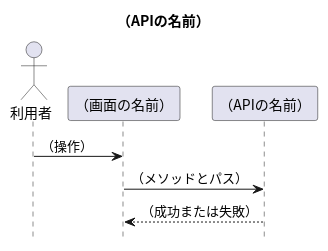
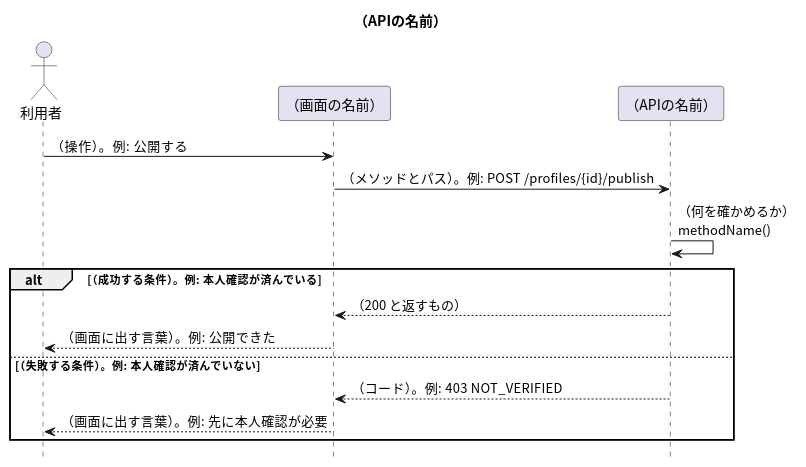
One commit to masamasamasato/design-doc-template changed the diagram in apis/_template/入口.puml. Above: the diagram before and after it, drawn with PlantUML. The commit also changed 109 other files, not shown here.

```diff
--- a/apis/_template/入口.puml
+++ b/apis/_template/入口.puml
@@ -1,16 +1,23 @@
 @startuml
 skinparam shadowing false
 skinparam defaultFontName "Noto Sans CJK JP"
 skinparam SequenceFontName "Noto Sans CJK JP"
 hide footbox
 
 title （APIの名前）
 
 actor "利用者" as User
 participant "（画面の名前）" as Screen
 participant "（APIの名前）" as API
 
-User -> Screen : （操作）
-Screen -> API : （メソッドとパス）
-API --> Screen : （成功または失敗）
+User -> Screen : （操作）。例: 公開する
+Screen -> API : （メソッドとパス）。例: POST /profiles/{id}/publish
+API -> API : （何を確かめるか）\nmethodName()
+alt （成功する条件）。例: 本人確認が済んでいる
+  API --> Screen : （200 と返すもの）
+  Screen --> User : （画面に出す言葉）。例: 公開できた
+else （失敗する条件）。例: 本人確認が済んでいない
+  API --> Screen : （コード）。例: 403 NOT_VERIFIED
+  Screen --> User : （画面に出す言葉）。例: 先に本人確認が必要
+end
 @enduml
```
